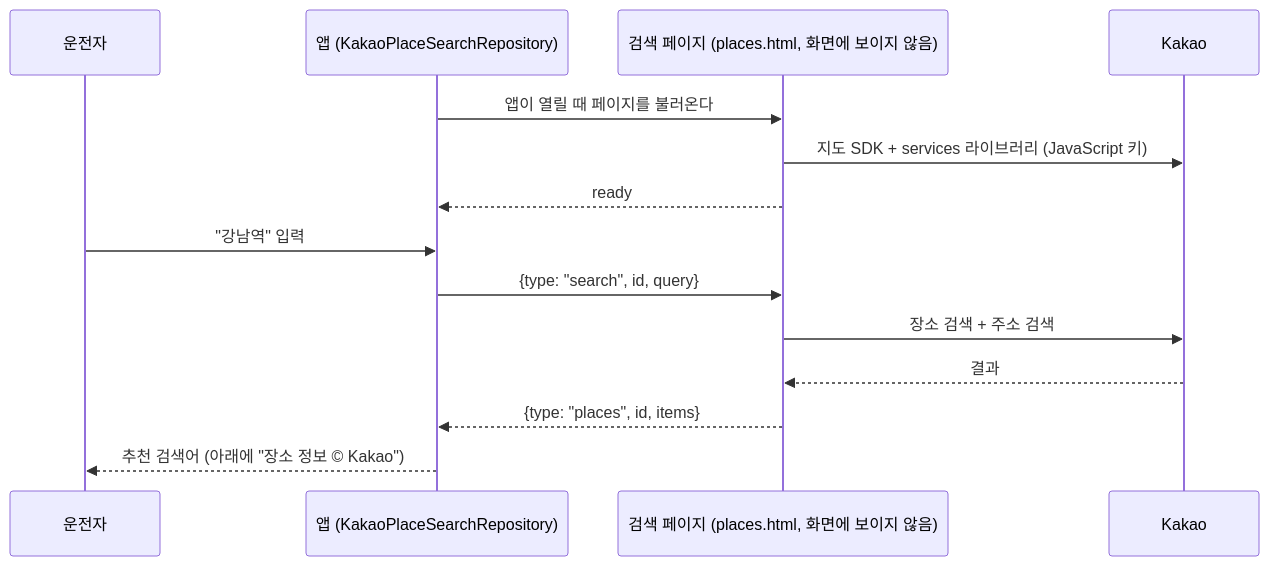
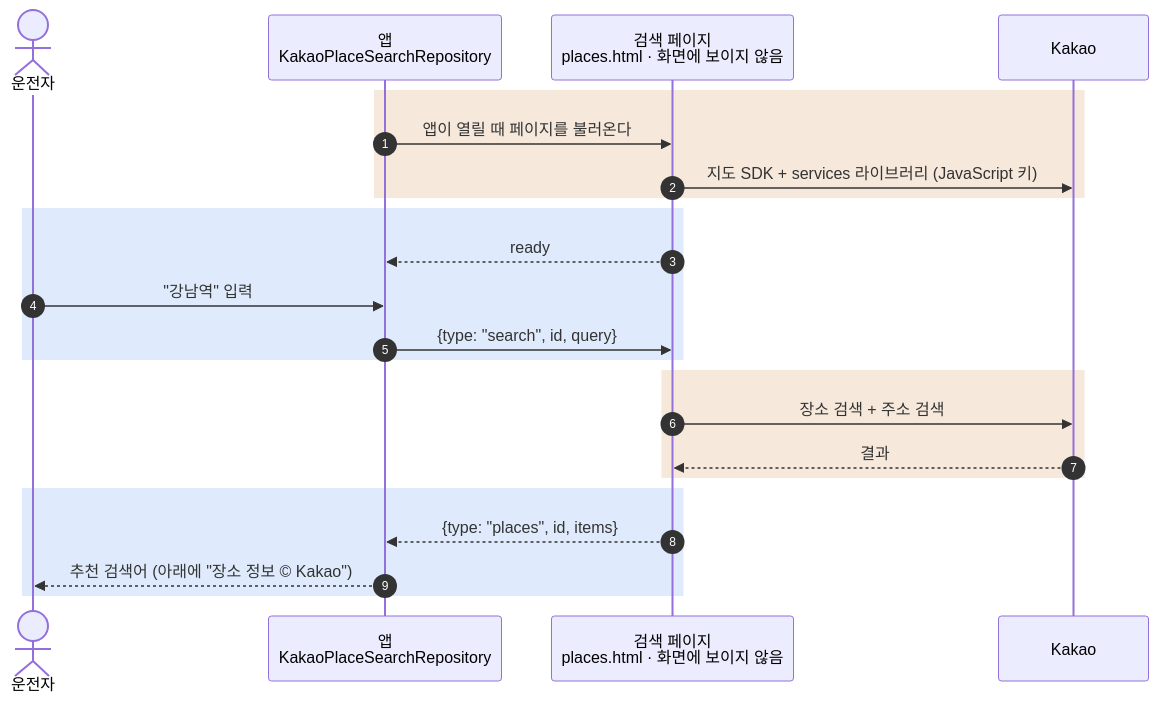
Before and after one commit to JoisFe/deja-vroom: the diagram in docs/place-search-setup.md, drawn with Mermaid. The commit also changed other lines of this file and 17 other files, not shown here.

First line of the commit message:
문서 다이어그램을 색·모양 규칙에 맞춰 다시 그리고 코드와 다른 설명 정리

````diff
--- a/docs/place-search-setup.md
+++ b/docs/place-search-setup.md
@@ -34,16 +36,25 @@
 ```mermaid
 sequenceDiagram
-    participant U as 운전자
-    participant A as 앱 (KakaoPlaceSearchRepository)
-    participant P as 검색 페이지 (places.html, 화면에 보이지 않음)
-    participant K as Kakao
-    A->>P: 앱이 열릴 때 페이지를 불러온다
-    P->>K: 지도 SDK + services 라이브러리 (JavaScript 키)
-    P-->>A: ready
-    U->>A: "강남역" 입력
-    A->>P: {type: "search", id, query}
-    P->>K: 장소 검색 + 주소 검색
-    K-->>P: 결과
-    P-->>A: {type: "places", id, items}
-    A-->>U: 추천 검색어 (아래에 "장소 정보 © Kakao")
+    autonumber
+    actor driver as 운전자
+    participant app as 앱<br/>KakaoPlaceSearchRepository
+    participant page as 검색 페이지<br/>places.html · 화면에 보이지 않음
+    participant kakao as Kakao
+    rect rgba(191, 91, 4, 0.14)
+        app->>page: 앱이 열릴 때 페이지를 불러온다
+        page->>kakao: 지도 SDK + services 라이브러리 (JavaScript 키)
+    end
+    rect rgba(31, 111, 235, 0.14)
+        page-->>app: ready
+        driver->>app: "강남역" 입력
+        app->>page: {type: "search", id, query}
+    end
+    rect rgba(191, 91, 4, 0.14)
+        page->>kakao: 장소 검색 + 주소 검색
+        kakao-->>page: 결과
+    end
+    rect rgba(31, 111, 235, 0.14)
+        page-->>app: {type: "places", id, items}
+        app-->>driver: 추천 검색어 (아래에 "장소 정보 © Kakao")
+    end
 ```
````
